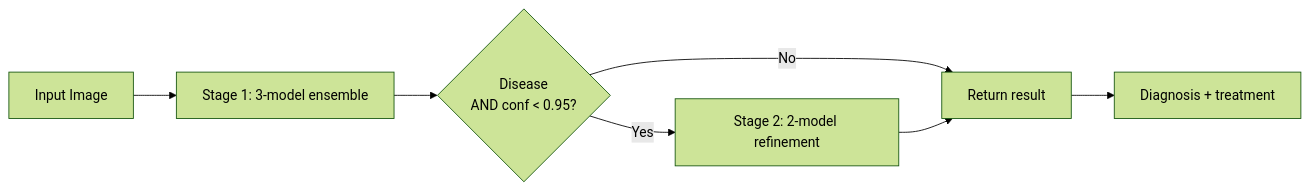
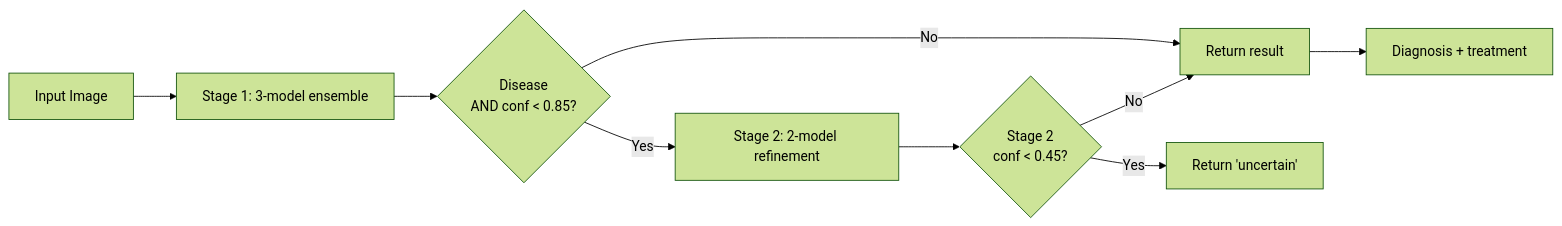
The diagram in README.md (AnuragPandey19/Rice-Disease-Detector), drawn with Mermaid (forest theme) before and after one commit. The commit also changed other lines of this file and 61 other files, not shown here.

````diff
--- a/README.md
+++ b/README.md
@@ -51,9 +76,11 @@
 ```mermaid
 graph LR
     A[Input Image] --> B[Stage 1: 3-model ensemble]
-    B --> C{Disease<br/>AND conf < 0.95?}
+    B --> C{Disease<br/>AND conf < 0.85?}
     C -->|Yes| D[Stage 2: 2-model refinement]
     C -->|No| E[Return result]
-    D --> E
+    D --> G{Stage 2<br/>conf < 0.45?}
+    G -->|Yes| H[Return 'uncertain']
+    G -->|No| E
     E --> F[Diagnosis + treatment]
 ```
````
